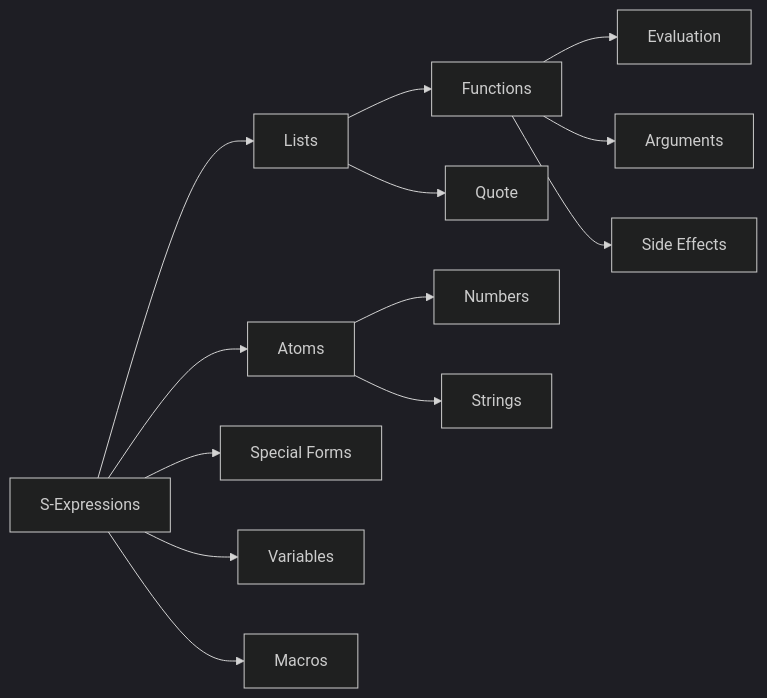
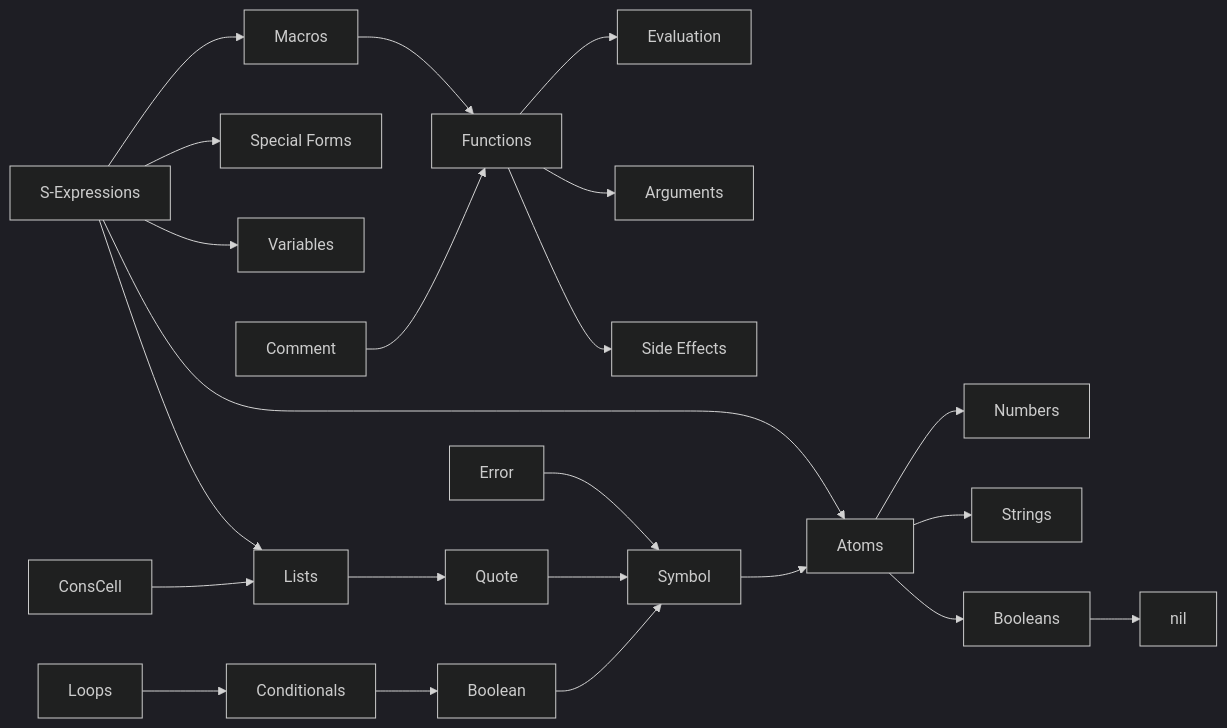
Before and after one commit to exercism/v3: the first of 2 diagrams in languages/emacs-lisp/reference/progression.md, drawn with Mermaid (dark theme). The commit also changed other lines of this file and 1 other file, not shown here.

````diff
--- a/languages/emacs-lisp/reference/progression.md
+++ b/languages/emacs-lisp/reference/progression.md
@@ -5,7 +7,11 @@
 ```mermaid
 graph LR
    S-Expressions --> Lists & Atoms & g2[Special Forms] & Variables & Macros
-   Lists --> Functions & Quote
    Functions --> Evaluation & Arguments & g3[Side Effects]
-   Atoms --> Numbers & Strings
+   Error --> Symbol --> Atoms --> Numbers & Strings
+   Atoms --> Booleans --> nil
+   ConsCell --> Lists --> Quote --> Symbol
+   Macros --> Functions
+   Loops --> Conditionals --> Boolean --> Symbol
+   Comment --> Functions
 ```
````
